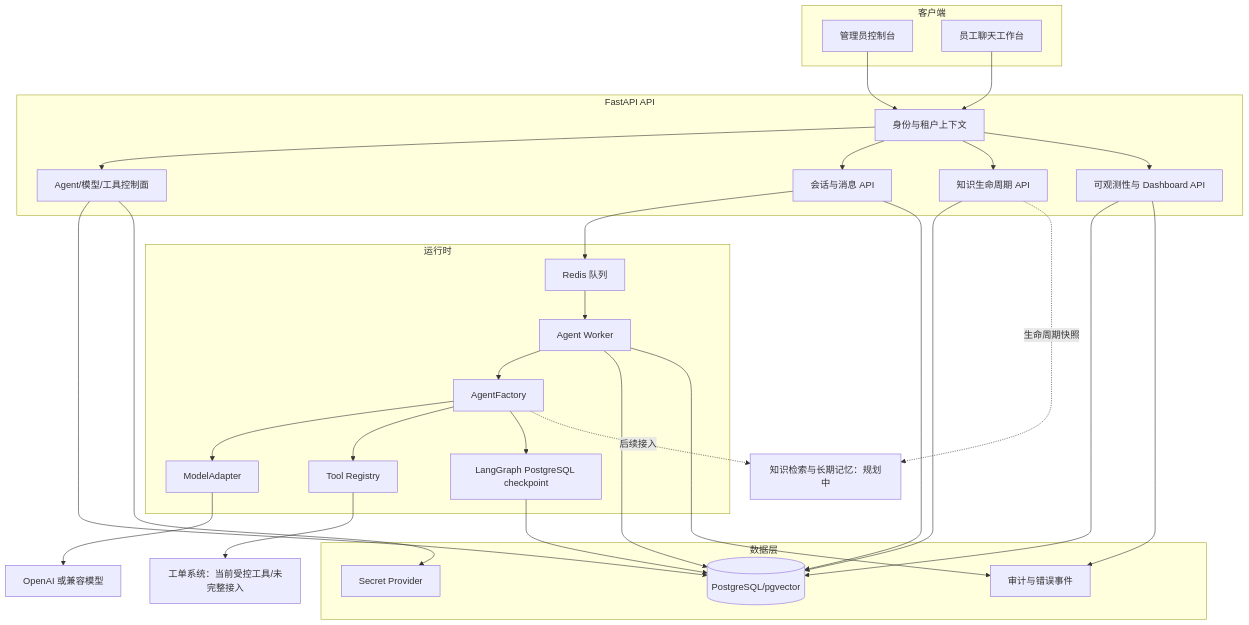
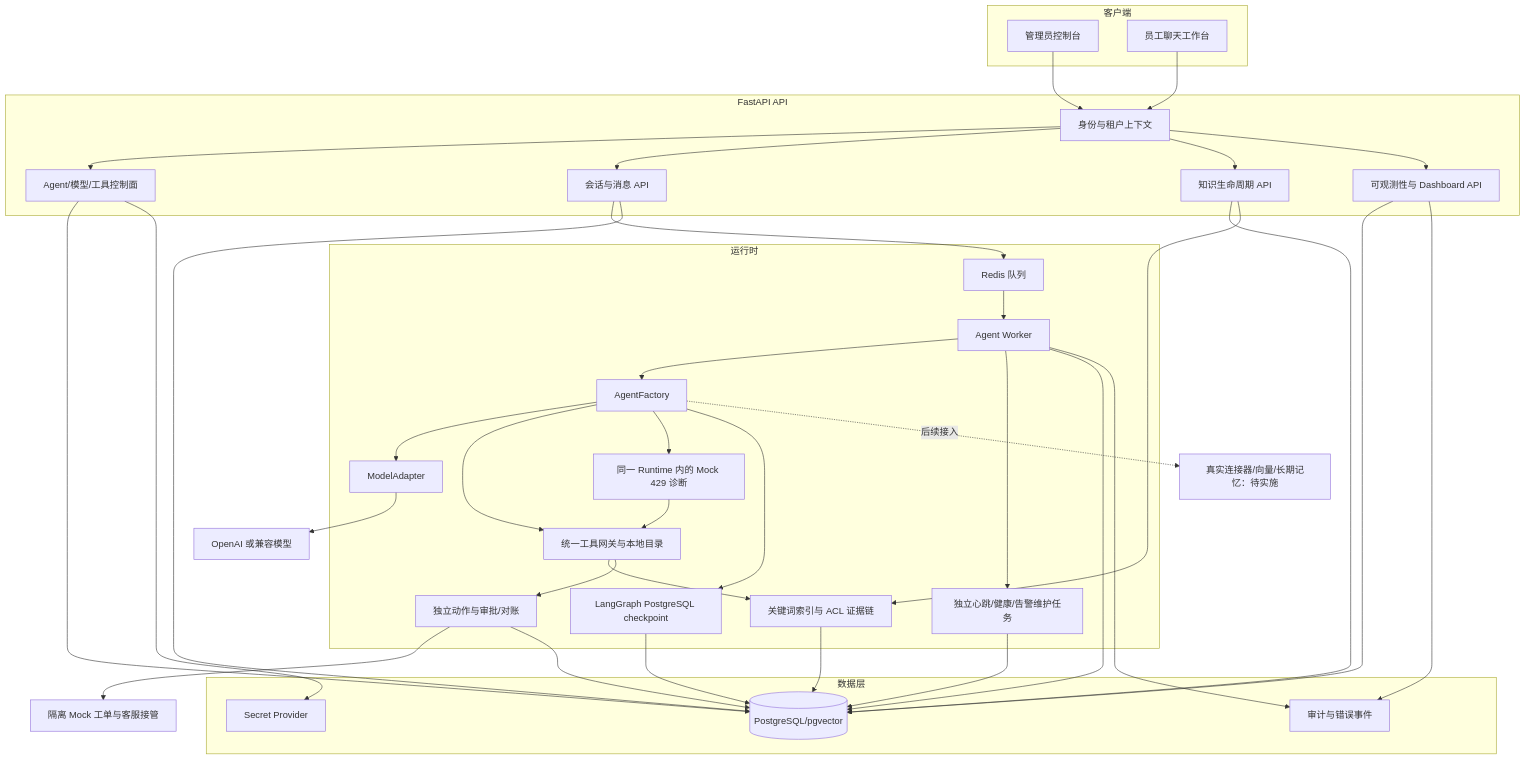
The diagram in docs/00-architecture.md (zdliuccit/supportops-agent), drawn with Mermaid before and after one commit. The commit also changed other lines of this file and 146 other files, not shown here.

````diff
--- a/docs/00-architecture.md
+++ b/docs/00-architecture.md
@@ -7,56 +7,65 @@
 ```mermaid
 flowchart TB
     subgraph Clients[客户端]
         Admin[管理员控制台]
         Employee[员工聊天工作台]
     end
 
     subgraph API[FastAPI API]
         Auth[身份与租户上下文]
         Control[Agent/模型/工具控制面]
         Conversation[会话与消息 API]
         KnowledgeAPI[知识生命周期 API]
         Analytics[可观测性与 Dashboard API]
     end
 
     subgraph Runtime[运行时]
         Queue[Redis 队列]
         Worker[Agent Worker]
         Factory[AgentFactory]
         Adapter[ModelAdapter]
-        Tools[Tool Registry]
+        Tools[统一工具网关与本地目录]
+        Knowledge[关键词索引与 ACL 证据链]
+        Diagnostic[同一 Runtime 内的 Mock 429 诊断]
+        Actions[独立动作与审批/对账]
+        Maintenance[独立心跳/健康/告警维护任务]
         Checkpoint[LangGraph PostgreSQL checkpoint]
     end
 
     subgraph Data[数据层]
         PG[(PostgreSQL/pgvector)]
         Secrets[Secret Provider]
         Audit[审计与错误事件]
     end
 
     LLM[OpenAI 或兼容模型]
-    Ticket[工单系统：当前受控工具/未完整接入]
-    Future[知识检索与长期记忆：规划中]
+    Ticket[隔离 Mock 工单与客服接管]
+    Future[真实连接器/向量/长期记忆：待实施]
 
     Admin --> Auth
     Employee --> Auth
     Auth --> Control
     Auth --> Conversation
     Auth --> KnowledgeAPI
     Auth --> Analytics
     Conversation --> Queue --> Worker
     Worker --> Factory
     Factory --> Adapter --> LLM
-    Factory --> Tools --> Ticket
+    Factory --> Tools
+    Tools --> Knowledge --> PG
+    Factory --> Diagnostic --> Tools
+    Tools --> Actions --> Ticket
+    Actions --> PG
+    Worker --> Maintenance --> PG
     Factory --> Checkpoint --> PG
     Control --> PG
     Conversation --> PG
     KnowledgeAPI --> PG
     Analytics --> PG
     Worker --> PG
     Control --> Secrets
     Worker --> Audit
     Analytics --> Audit
     Factory -. 后续接入 .-> Future
-    KnowledgeAPI -. 生命周期快照 .-> Future
+    KnowledgeAPI --> Knowledge
 ```
````
